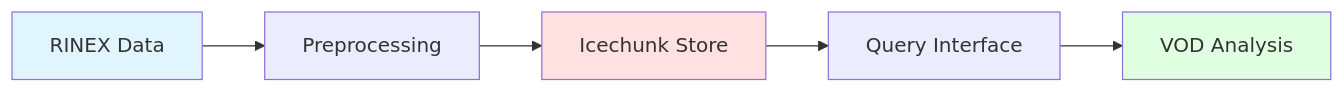
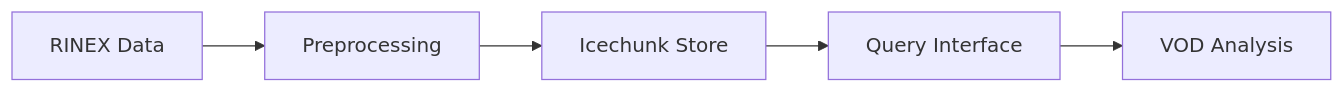
The diagram in docs/packages/store/overview.md (mfkiwl/canvodpy), drawn with Mermaid before and after one commit. The commit also changed 4 other files, not shown here.

Commit message:
style(docs): Remove inline mermaid colors in favor of beautiful-mermaid theming

````diff
--- a/docs/packages/store/overview.md
+++ b/docs/packages/store/overview.md
@@ -9,11 +9,8 @@
 ```mermaid
 graph LR
     A[RINEX Data] --> B[Preprocessing]
     B --> C[Icechunk Store]
     C --> D[Query Interface]
     D --> E[VOD Analysis]
 
-    style A fill:#e1f5ff
-    style C fill:#ffe1e1
-    style E fill:#e1ffe1
 ```
````
